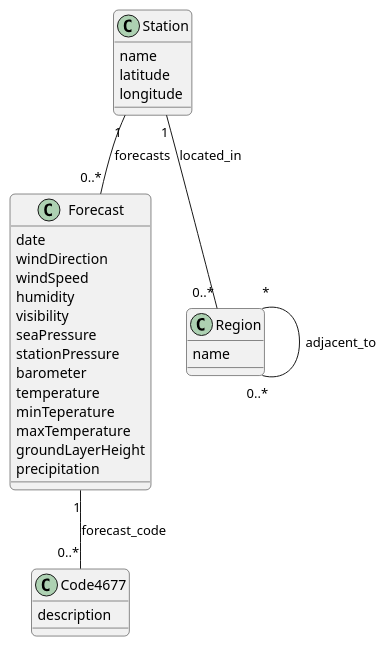
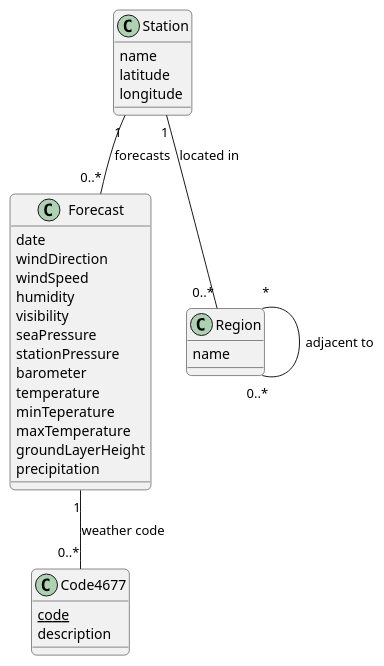
Before and after one commit to Livl-Corporation/livl-weather: the diagram in model/conceptual.puml, drawn with PlantUML.

Commit message:
fix: add Code4677 code field in PK

```diff
--- a/model/conceptual.puml
+++ b/model/conceptual.puml
@@ -1,42 +1,43 @@
 @startuml "Livl Weather"
 
 skinparam roundcorner 10
 
 class Forecast {
     date
     windDirection
     windSpeed
     humidity
     visibility
     seaPressure
     stationPressure
     barometer
     temperature
     minTeperature
     maxTemperature
     groundLayerHeight
     precipitation
 }
 
 class Station {
     name
     latitude
     longitude
 }
 
 class Region {
     name
 }
 
 class Code4677 {
+    {static}code
     description
 }
 
 Station "1" -- "0..*" Forecast : forecasts
-Station "1" -- "0..*" Region : located_in
+Station "1" -- "0..*" Region : located in
 
-Region "*" -- "0..*" Region : adjacent_to
+Region "*" -- "0..*" Region : adjacent to
 
-Forecast "1" -- "0..*" Code4677 : forecast_code
+Forecast "1" -- "0..*" Code4677 : weather code
 
 @enduml
```
